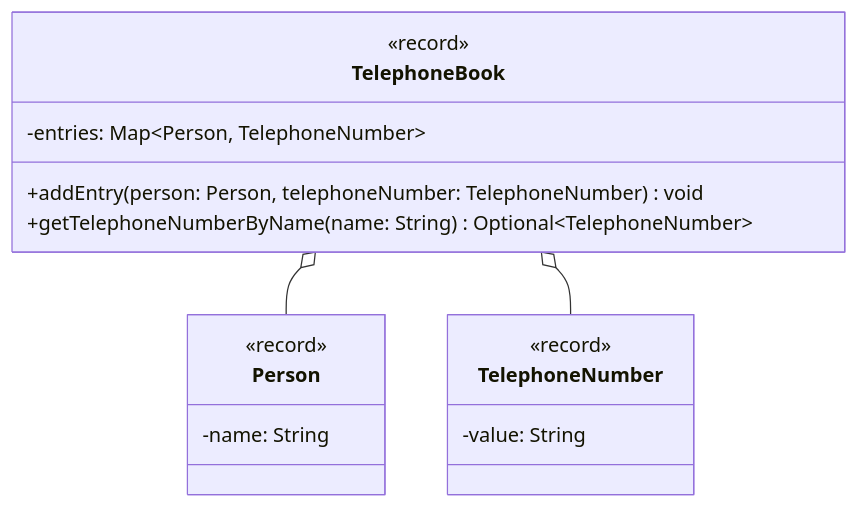
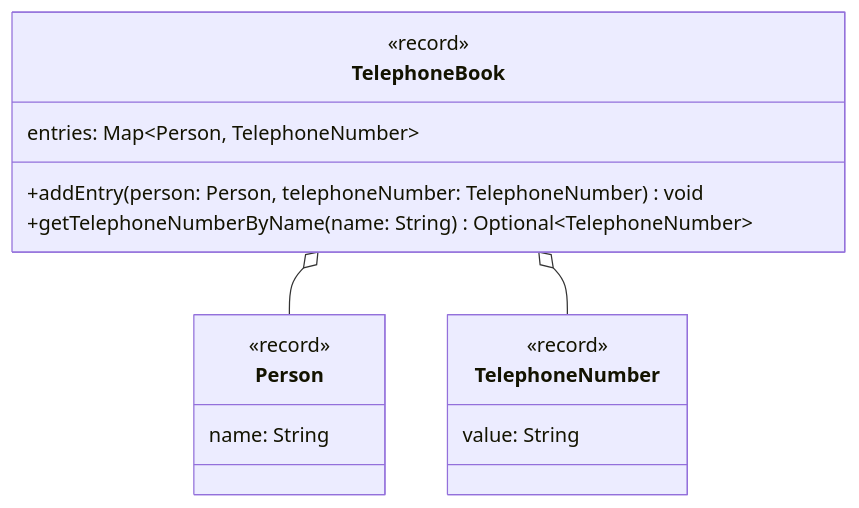
Before and after one commit to jappuccini/java-docs: the diagram in docs/exercises/optionals/optionals02.md, drawn with Mermaid. The commit also changed 33 other files, not shown here.

````diff
--- a/docs/exercises/optionals/optionals02.md
+++ b/docs/exercises/optionals/optionals02.md
@@ -14,22 +14,22 @@
 ```mermaid
 classDiagram
     TelephoneBook o-- Person
     TelephoneBook o-- TelephoneNumber
 
     class Person {
         <<record>>
-        -name: String
+        name: String
     }
 
     class TelephoneNumber {
         <<record>>
-        -value: String
+        value: String
     }
 
     class TelephoneBook {
         <<record>>
-        -entries: Map~Person, TelephoneNumber~
+        entries: Map~Person, TelephoneNumber~
         +addEntry(person: Person, telephoneNumber: TelephoneNumber) void
         +getTelephoneNumberByName(name: String) Optional~TelephoneNumber~
     }
 ```
````
